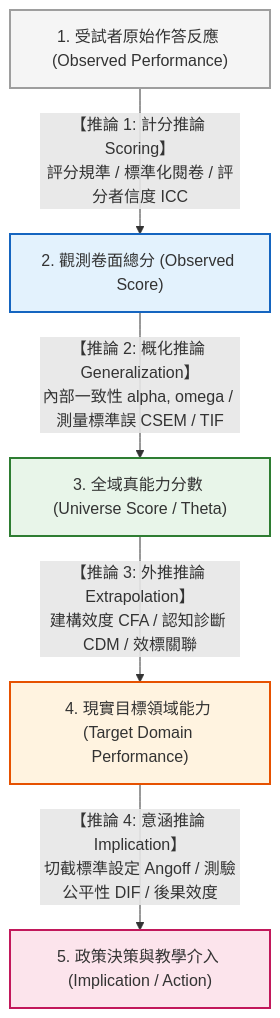
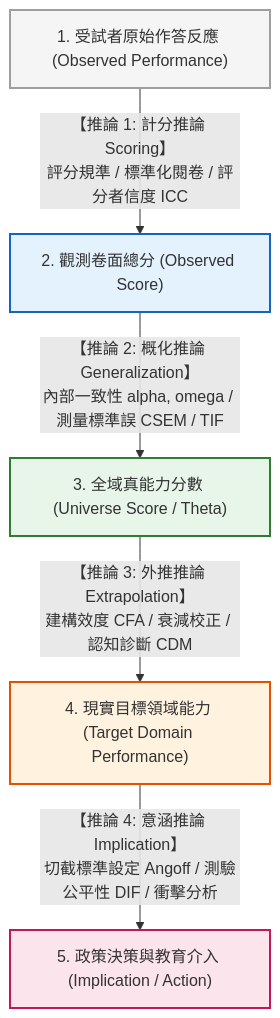
The diagram in book/Chapter_21_Kane_Validity_Project.md (allen19970828/modern-r-psychometrics), drawn with Mermaid before and after one commit. The commit also changed other lines of this file and 36 other files, not shown here.

````diff
--- a/book/Chapter_21_Kane_Validity_Project.md
+++ b/book/Chapter_21_Kane_Validity_Project.md
@@ -13,19 +20,19 @@
 ```mermaid
 flowchart TD
     Performance["1. 受試者原始作答反應 (Observed Performance)"]
     Score["2. 觀測卷面總分 (Observed Score)"]
     Universe["3. 全域真能力分數 (Universe Score / Theta)"]
     Target["4. 現實目標領域能力 (Target Domain Performance)"]
-    Consequence["5. 政策決策與教學介入 (Implication / Action)"]
+    Consequence["5. 政策決策與教育介入 (Implication / Action)"]
 
     Performance -->|"【推論 1: 計分推論 Scoring】\n評分規準 / 標準化閱卷 / 評分者信度 ICC"| Score
     Score -->|"【推論 2: 概化推論 Generalization】\n內部一致性 alpha, omega / 測量標準誤 CSEM / TIF"| Universe
-    Universe -->|"【推論 3: 外推推論 Extrapolation】\n建構效度 CFA / 認知診斷 CDM / 效標關聯"| Target
-    Target -->|"【推論 4: 意涵推論 Implication】\n切截標準設定 Angoff / 測驗公平性 DIF / 後果效度"| Consequence
+    Universe -->|"【推論 3: 外推推論 Extrapolation】\n建構效度 CFA / 衰減校正 / 認知診斷 CDM"| Target
+    Target -->|"【推論 4: 意涵推論 Implication】\n切截標準設定 Angoff / 測驗公平性 DIF / 衝擊分析"| Consequence
 
     style Performance fill:#f5f5f5,stroke:#9e9e9e,stroke-width:2px
     style Score fill:#e3f2fd,stroke:#1565c0,stroke-width:2px
     style Universe fill:#e8f5e9,stroke:#2e7d32,stroke-width:2px
     style Target fill:#fff3e0,stroke:#e65100,stroke-width:2px
     style Consequence fill:#fce4ec,stroke:#c2185b,stroke-width:2px
 ```
````
